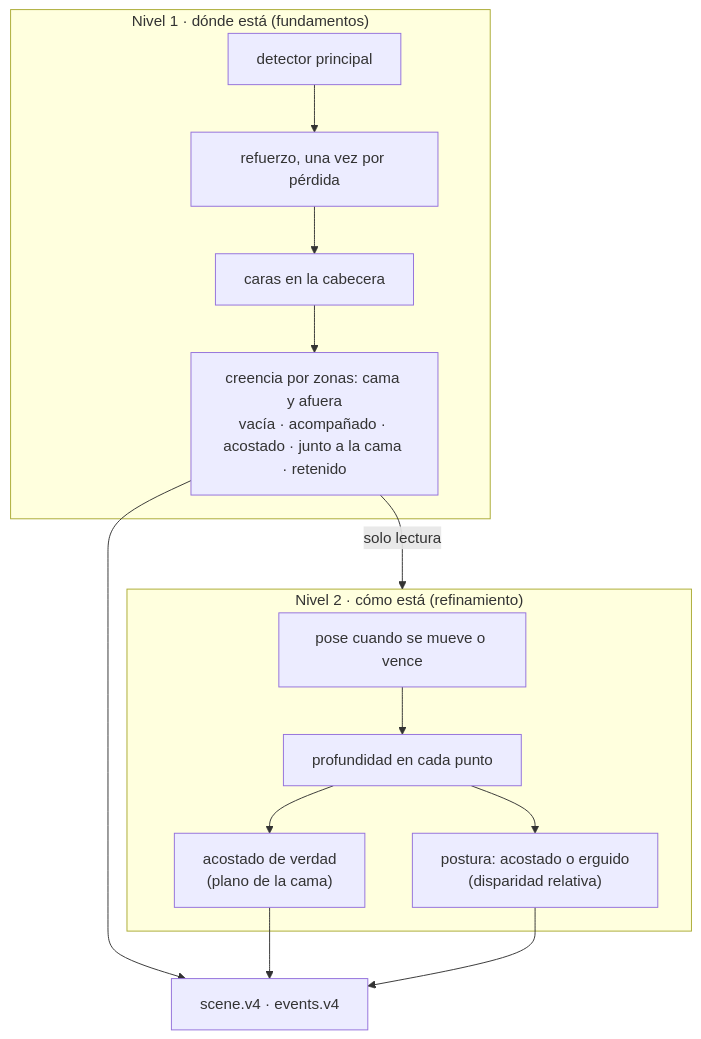
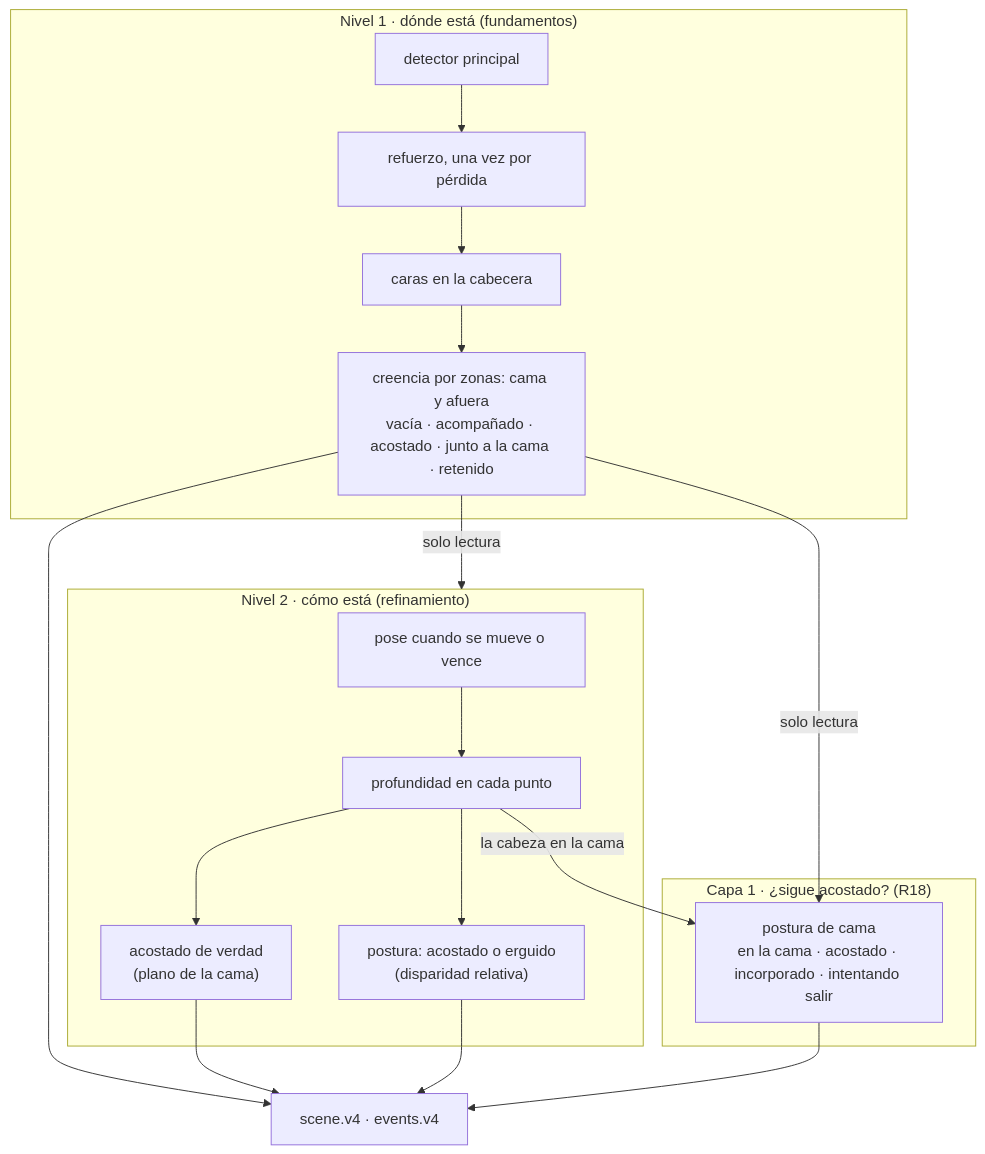
The first of 2 diagrams in big-picture.md (e7canasta/calipso-detector), drawn with Mermaid before and after one commit. The commit also changed other lines of this file, not shown here.

````diff
--- a/big-picture.md
+++ b/big-picture.md
@@ -20,17 +20,23 @@
 ```mermaid
 flowchart TB
     subgraph N1["Nivel 1 · dónde está (fundamentos)"]
         D["detector principal"] --> R["refuerzo, una vez por pérdida"]
         R --> F["caras en la cabecera"]
         F --> C["creencia por zonas: cama y afuera\nvacía · acompañado · acostado · junto a la cama · retenido"]
     end
     C -->|"solo lectura"| N2
     subgraph N2["Nivel 2 · cómo está (refinamiento)"]
         P["pose cuando se mueve o vence"] --> Q["profundidad en cada punto"]
         Q --> L["acostado de verdad\n(plano de la cama)"]
         Q --> S["postura: acostado o erguido\n(disparidad relativa)"]
     end
+    C -->|"solo lectura"| B
+    Q -->|"la cabeza en la cama"| B
+    subgraph L1["Capa 1 · ¿sigue acostado? (R18)"]
+        B["postura de cama\nen la cama · acostado · incorporado · intentando salir"]
+    end
     C --> E["scene.v4 · events.v4"]
     L --> E
     S --> E
+    B --> E
 ```
````
